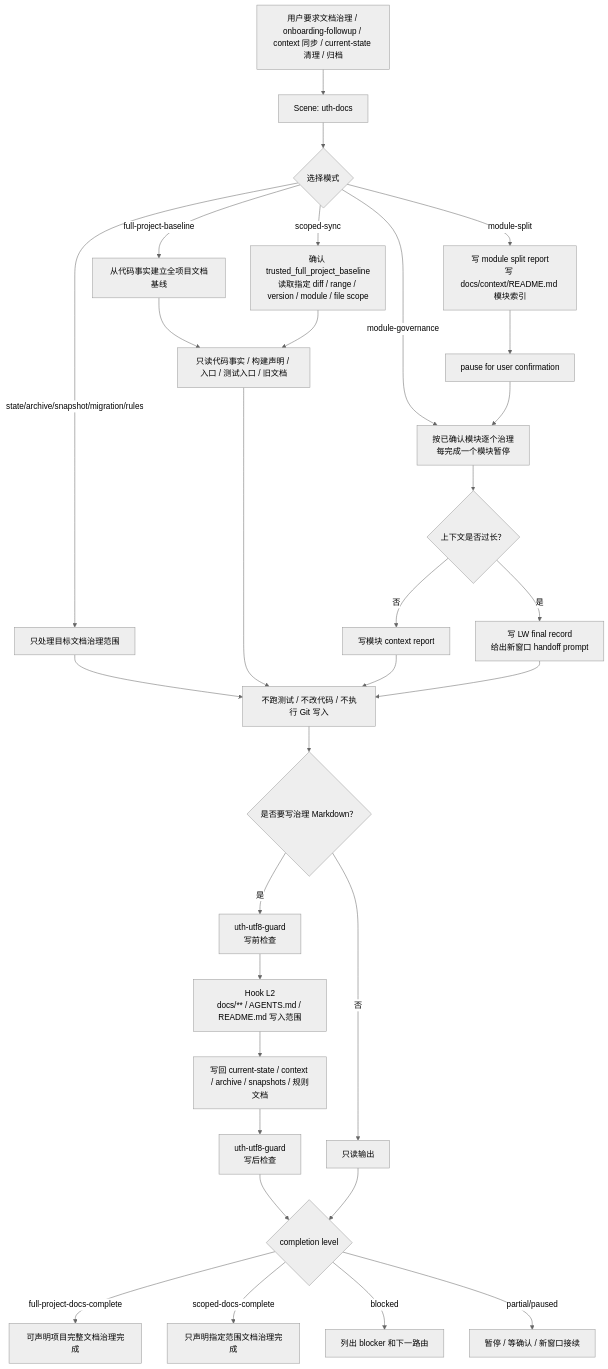
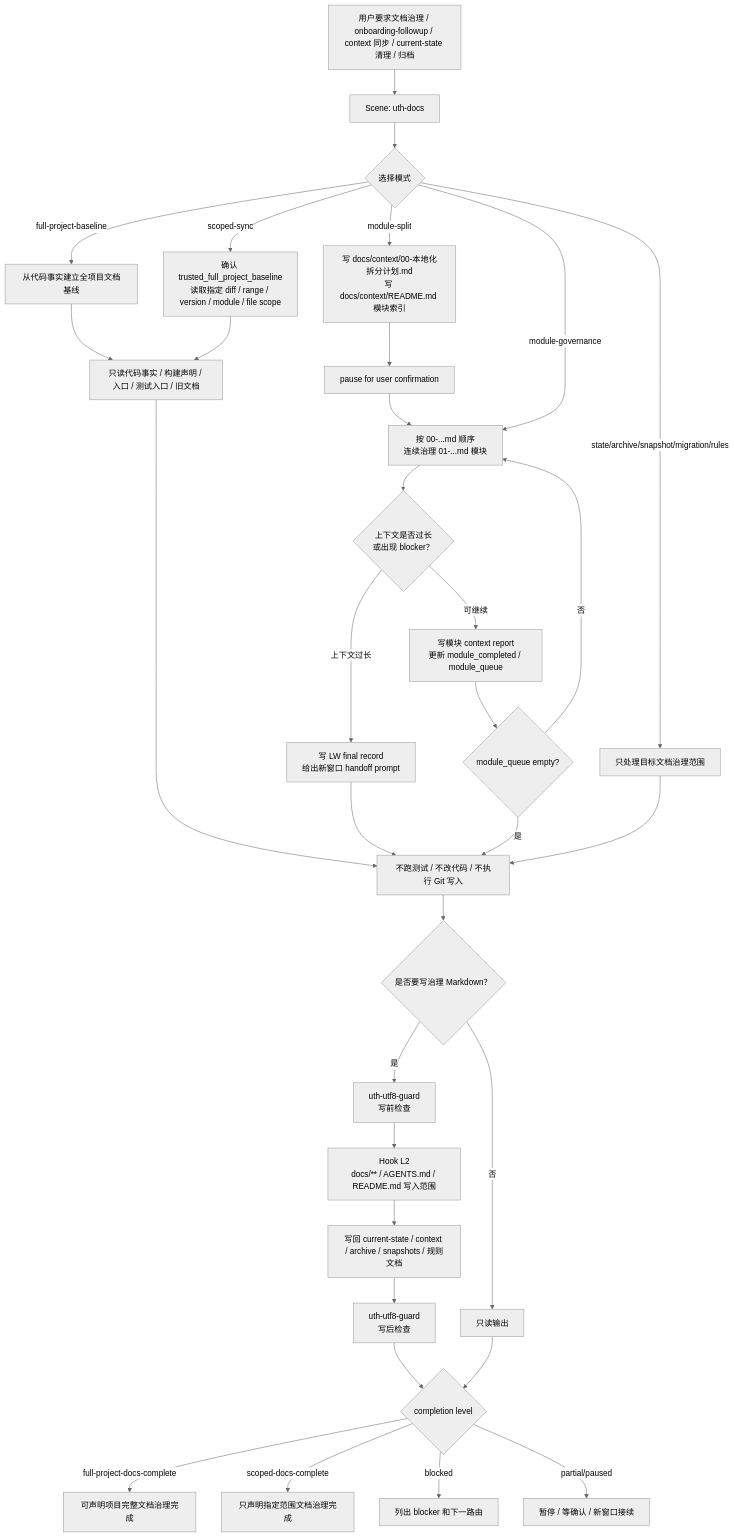
Before and after one commit to undertaker33/uth-governance: the ninth of 13 diagrams in docs/FLOW_全链路流程图.md, drawn with Mermaid (neutral theme). The commit also changed other lines of this file and 35 other files, not shown here.

````diff
--- a/docs/FLOW_全链路流程图.md
+++ b/docs/FLOW_全链路流程图.md
@@ -271,35 +271,37 @@
 ```mermaid
 flowchart TD
     A["用户要求文档治理 / onboarding-followup / context 同步 / current-state 清理 / 归档"] --> B["Scene: uth-docs"]
     B --> C{"选择模式"}
     C -- "full-project-baseline" --> D["从代码事实建立全项目文档基线"]
     C -- "scoped-sync" --> E["确认 trusted_full_project_baseline<br/>读取指定 diff / range / version / module / file scope"]
-    C -- "module-split" --> F["写 module split report<br/>写 docs/context/README.md 模块索引"]
-    C -- "module-governance" --> G["按已确认模块逐个治理<br/>每完成一个模块暂停"]
+    C -- "module-split" --> F["写 docs/context/00-本地化拆分计划.md<br/>写 docs/context/README.md 模块索引"]
+    C -- "module-governance" --> G["按 00-...md 顺序<br/>连续治理 01-...md 模块"]
     C -- "state/archive/snapshot/migration/rules" --> H["只处理目标文档治理范围"]
 
     D --> I["只读代码事实 / 构建声明 / 入口 / 测试入口 / 旧文档"]
     E --> I
     F --> J["pause for user confirmation"]
     J --> G
-    G --> K{"上下文是否过长？"}
-    K -- "是" --> L["写 LW final record<br/>给出新窗口 handoff prompt"]
-    K -- "否" --> M["写模块 context report"]
+    G --> K{"上下文是否过长<br/>或出现 blocker？"}
+    K -- "上下文过长" --> L["写 LW final record<br/>给出新窗口 handoff prompt"]
+    K -- "可继续" --> M["写模块 context report<br/>更新 module_completed / module_queue"]
+    M --> M2{"module_queue empty?"}
+    M2 -- "否" --> G
+    M2 -- "是" --> N
     H --> N["不跑测试 / 不改代码 / 不执行 Git 写入"]
     I --> N
-    M --> N
     L --> N
 
     N --> O{"是否要写治理 Markdown？"}
     O -- "是" --> P["uth-utf8-guard<br/>写前检查"]
     P --> Q["Hook L2<br/>docs/** / AGENTS.md / README.md 写入范围"]
     Q --> R["写回 current-state / context / archive / snapshots / 规则文档"]
     R --> S["uth-utf8-guard<br/>写后检查"]
     O -- "否" --> T["只读输出"]
     S --> U{"completion level"}
     T --> U
     U -- "full-project-docs-complete" --> V["可声明项目完整文档治理完成"]
     U -- "scoped-docs-complete" --> W["只声明指定范围文档治理完成"]
     U -- "blocked" --> X["列出 blocker 和下一路由"]
     U -- "partial/paused" --> Y["暂停 / 等确认 / 新窗口接续"]
 ```
````
